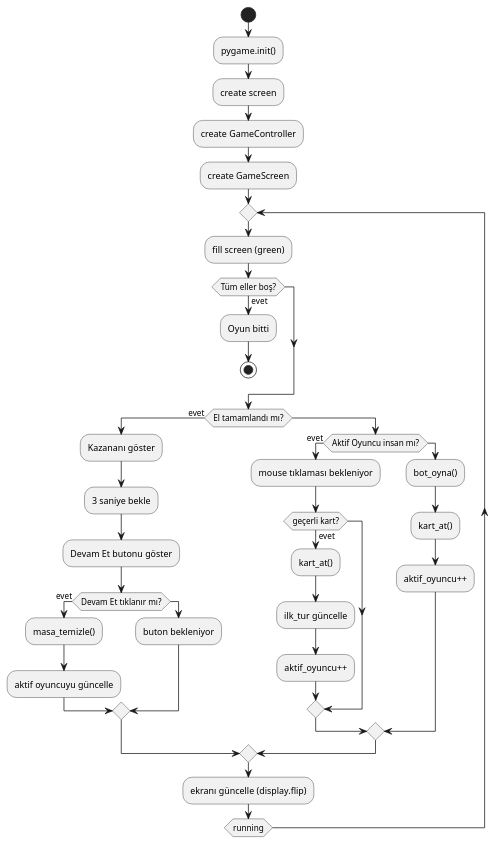
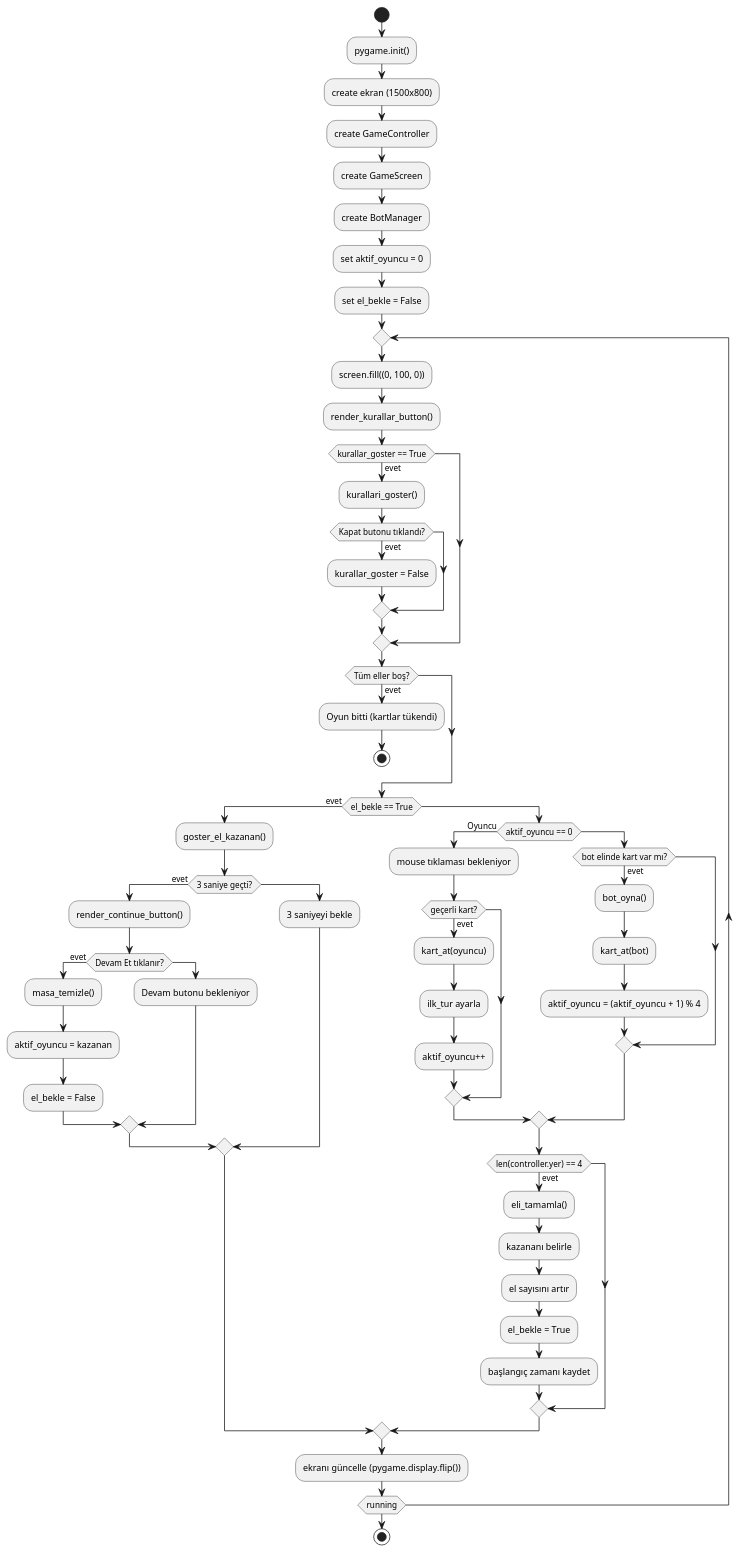
One commit to Yukselendincer/pygameBatak changed the diagram in UML/BatakSqeunce.wsd. Above: the diagram before and after it, drawn with PlantUML.

Commit message:
Güncelleme: Arayüz, kurallar pop-up, buton pozisyonları düzeltildi

```diff
--- a/UML/BatakSqeunce.wsd
+++ b/UML/BatakSqeunce.wsd
@@ -1,44 +1,71 @@
 @startuml
 start
 
 :pygame.init();
-:create screen;
+:create ekran (1500x800);
 :create GameController;
 :create GameScreen;
+:create BotManager;
+:set aktif_oyuncu = 0;
+:set el_bekle = False;
 
 repeat
-  :fill screen (green);
+  :screen.fill((0, 100, 0));
+  :render_kurallar_button();
+
+  if (kurallar_goster == True) then (evet)
+    :kurallari_goster();
+    if (Kapat butonu tıklandı?) then (evet)
+      :kurallar_goster = False;
+    endif
+  endif
+
   if (Tüm eller boş?) then (evet)
-    :Oyun bitti;
+    :Oyun bitti (kartlar tükendi);
     stop
   endif
 
-  if (El tamamlandı mı?) then (evet)
-    :Kazananı göster;
-    :3 saniye bekle;
-    :Devam Et butonu göster;
-    if (Devam Et tıklanır mı?) then (evet)
-      :masa_temizle();
-      :aktif oyuncuyu güncelle;
+  if (el_bekle == True) then (evet)
+    :goster_el_kazanan();
+    if (3 saniye geçti?) then (evet)
+      :render_continue_button();
+      if (Devam Et tıklanır?) then (evet)
+        :masa_temizle();
+        :aktif_oyuncu = kazanan;
+        :el_bekle = False;
+      else
+        :Devam butonu bekleniyor;
+      endif
     else
-      :buton bekleniyor;
+      :3 saniyeyi bekle;
     endif
   else
-    if (Aktif Oyuncu insan mı?) then (evet)
+    if (aktif_oyuncu == 0) then (Oyuncu)
       :mouse tıklaması bekleniyor;
       if (geçerli kart?) then (evet)
-        :kart_at();
-        :ilk_tur güncelle;
+        :kart_at(oyuncu);
+        :ilk_tur ayarla;
         :aktif_oyuncu++;
       endif
     else
-      :bot_oyna();
-      :kart_at();
-      :aktif_oyuncu++;
+      if (bot elinde kart var mı?) then (evet)
+        :bot_oyna();
+        :kart_at(bot);
+        :aktif_oyuncu = (aktif_oyuncu + 1) % 4;
+      endif
+    endif
+
+    if (len(controller.yer) == 4) then (evet)
+      :eli_tamamla();
+      :kazananı belirle;
+      :el sayısını artır;
+      :el_bekle = True;
+      :başlangıç zamanı kaydet;
     endif
   endif
 
-  :ekranı güncelle (display.flip);
+  :ekranı güncelle (pygame.display.flip());
+repeat while (running)
 
-repeat while (running)
+stop
 @enduml
```
